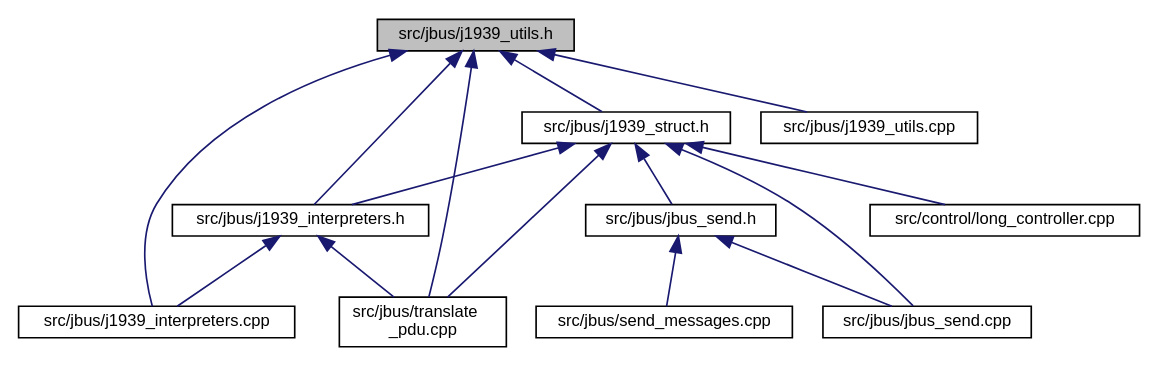
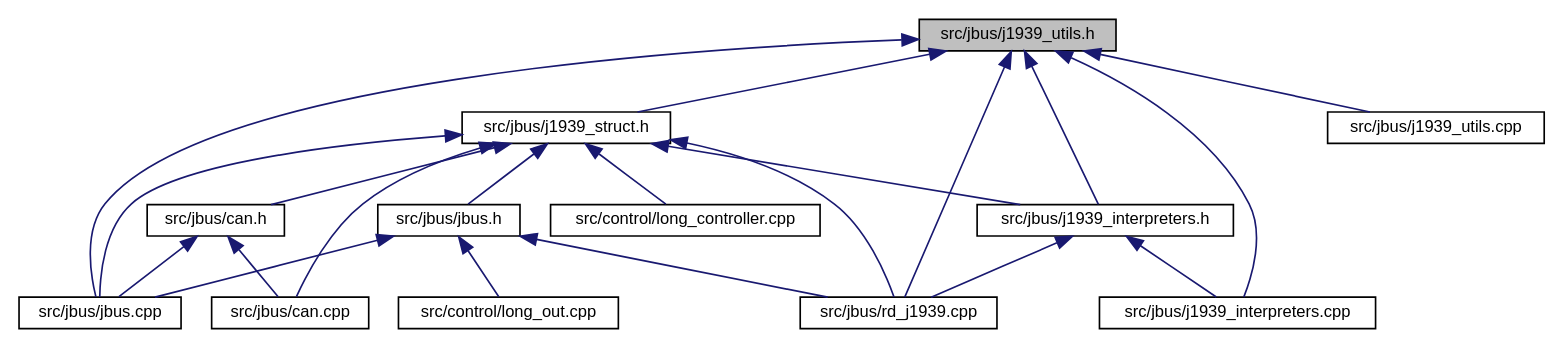
Before and after one commit to AboudyKreidieh/truck-code: the diagram in docs/j1939__utils_8h__dep__incl.dot, drawn with Graphviz. The commit also changed 657 other files, not shown here.

Commit message:
major improvements to documentation and included the process for reading J1939 messages from the CAN card

```diff
--- a/docs/j1939__utils_8h__dep__incl.dot
+++ b/docs/j1939__utils_8h__dep__incl.dot
@@ -1,29 +1,37 @@
 digraph "src/jbus/j1939_utils.h"
 {
   edge [fontname="Helvetica",fontsize="10",labelfontname="Helvetica",labelfontsize="10"];
   node [fontname="Helvetica",fontsize="10",shape=record];
   Node3 [label="src/jbus/j1939_utils.h",height=0.2,width=0.4,color="black", fillcolor="grey75", style="filled", fontcolor="black"];
   Node3 -> Node4 [dir="back",color="midnightblue",fontsize="10",style="solid",fontname="Helvetica"];
   Node4 [label="src/jbus/j1939_struct.h",height=0.2,width=0.4,color="black", fillcolor="white", style="filled",URL="$j1939__struct_8h.html"];
   Node4 -> Node5 [dir="back",color="midnightblue",fontsize="10",style="solid",fontname="Helvetica"];
   Node5 [label="src/control/long_controller.cpp",height=0.2,width=0.4,color="black", fillcolor="white", style="filled",URL="$long__controller_8cpp.html"];
   Node4 -> Node6 [dir="back",color="midnightblue",fontsize="10",style="solid",fontname="Helvetica"];
-  Node6 [label="src/jbus/j1939_interpreters.h",height=0.2,width=0.4,color="black", fillcolor="white", style="filled",URL="$j1939__interpreters_8h.html"];
+  Node6 [label="src/jbus/can.h",height=0.2,width=0.4,color="black", fillcolor="white", style="filled",URL="$can_8h.html"];
   Node6 -> Node7 [dir="back",color="midnightblue",fontsize="10",style="solid",fontname="Helvetica"];
-  Node7 [label="src/jbus/j1939_interpreters.cpp",height=0.2,width=0.4,color="black", fillcolor="white", style="filled",URL="$j1939__interpreters_8cpp.html"];
+  Node7 [label="src/jbus/can.cpp",height=0.2,width=0.4,color="black", fillcolor="white", style="filled",URL="$can_8cpp.html"];
   Node6 -> Node8 [dir="back",color="midnightblue",fontsize="10",style="solid",fontname="Helvetica"];
-  Node8 [label="src/jbus/translate\l_pdu.cpp",height=0.2,width=0.4,color="black", fillcolor="white", style="filled",URL="$translate__pdu_8cpp.html"];
+  Node8 [label="src/jbus/jbus.cpp",height=0.2,width=0.4,color="black", fillcolor="white", style="filled",URL="$jbus_8cpp.html"];
+  Node4 -> Node7 [dir="back",color="midnightblue",fontsize="10",style="solid",fontname="Helvetica"];
   Node4 -> Node9 [dir="back",color="midnightblue",fontsize="10",style="solid",fontname="Helvetica"];
-  Node9 [label="src/jbus/jbus_send.h",height=0.2,width=0.4,color="black", fillcolor="white", style="filled",URL="$jbus__send_8h.html"];
+  Node9 [label="src/jbus/j1939_interpreters.h",height=0.2,width=0.4,color="black", fillcolor="white", style="filled",URL="$j1939__interpreters_8h.html"];
   Node9 -> Node10 [dir="back",color="midnightblue",fontsize="10",style="solid",fontname="Helvetica"];
-  Node10 [label="src/jbus/jbus_send.cpp",height=0.2,width=0.4,color="black", fillcolor="white", style="filled",URL="$jbus__send_8cpp.html"];
+  Node10 [label="src/jbus/j1939_interpreters.cpp",height=0.2,width=0.4,color="black", fillcolor="white", style="filled",URL="$j1939__interpreters_8cpp.html"];
   Node9 -> Node11 [dir="back",color="midnightblue",fontsize="10",style="solid",fontname="Helvetica"];
-  Node11 [label="src/jbus/send_messages.cpp",height=0.2,width=0.4,color="black", fillcolor="white", style="filled",URL="$send__messages_8cpp.html"];
-  Node4 -> Node10 [dir="back",color="midnightblue",fontsize="10",style="solid",fontname="Helvetica"];
+  Node11 [label="src/jbus/rd_j1939.cpp",height=0.2,width=0.4,color="black", fillcolor="white", style="filled",URL="$rd__j1939_8cpp.html"];
+  Node4 -> Node12 [dir="back",color="midnightblue",fontsize="10",style="solid",fontname="Helvetica"];
+  Node12 [label="src/jbus/jbus.h",height=0.2,width=0.4,color="black", fillcolor="white", style="filled",URL="$jbus_8h.html"];
+  Node12 -> Node13 [dir="back",color="midnightblue",fontsize="10",style="solid",fontname="Helvetica"];
+  Node13 [label="src/control/long_out.cpp",height=0.2,width=0.4,color="black", fillcolor="white", style="filled",URL="$long__out_8cpp.html"];
+  Node12 -> Node8 [dir="back",color="midnightblue",fontsize="10",style="solid",fontname="Helvetica"];
+  Node12 -> Node11 [dir="back",color="midnightblue",fontsize="10",style="solid",fontname="Helvetica"];
   Node4 -> Node8 [dir="back",color="midnightblue",fontsize="10",style="solid",fontname="Helvetica"];
-  Node3 -> Node6 [dir="back",color="midnightblue",fontsize="10",style="solid",fontname="Helvetica"];
-  Node3 -> Node7 [dir="back",color="midnightblue",fontsize="10",style="solid",fontname="Helvetica"];
-  Node3 -> Node12 [dir="back",color="midnightblue",fontsize="10",style="solid",fontname="Helvetica"];
-  Node12 [label="src/jbus/j1939_utils.cpp",height=0.2,width=0.4,color="black", fillcolor="white", style="filled",URL="$j1939__utils_8cpp.html"];
+  Node4 -> Node11 [dir="back",color="midnightblue",fontsize="10",style="solid",fontname="Helvetica"];
+  Node3 -> Node9 [dir="back",color="midnightblue",fontsize="10",style="solid",fontname="Helvetica"];
+  Node3 -> Node10 [dir="back",color="midnightblue",fontsize="10",style="solid",fontname="Helvetica"];
+  Node3 -> Node14 [dir="back",color="midnightblue",fontsize="10",style="solid",fontname="Helvetica"];
+  Node14 [label="src/jbus/j1939_utils.cpp",height=0.2,width=0.4,color="black", fillcolor="white", style="filled",URL="$j1939__utils_8cpp.html"];
   Node3 -> Node8 [dir="back",color="midnightblue",fontsize="10",style="solid",fontname="Helvetica"];
+  Node3 -> Node11 [dir="back",color="midnightblue",fontsize="10",style="solid",fontname="Helvetica"];
 }
```
